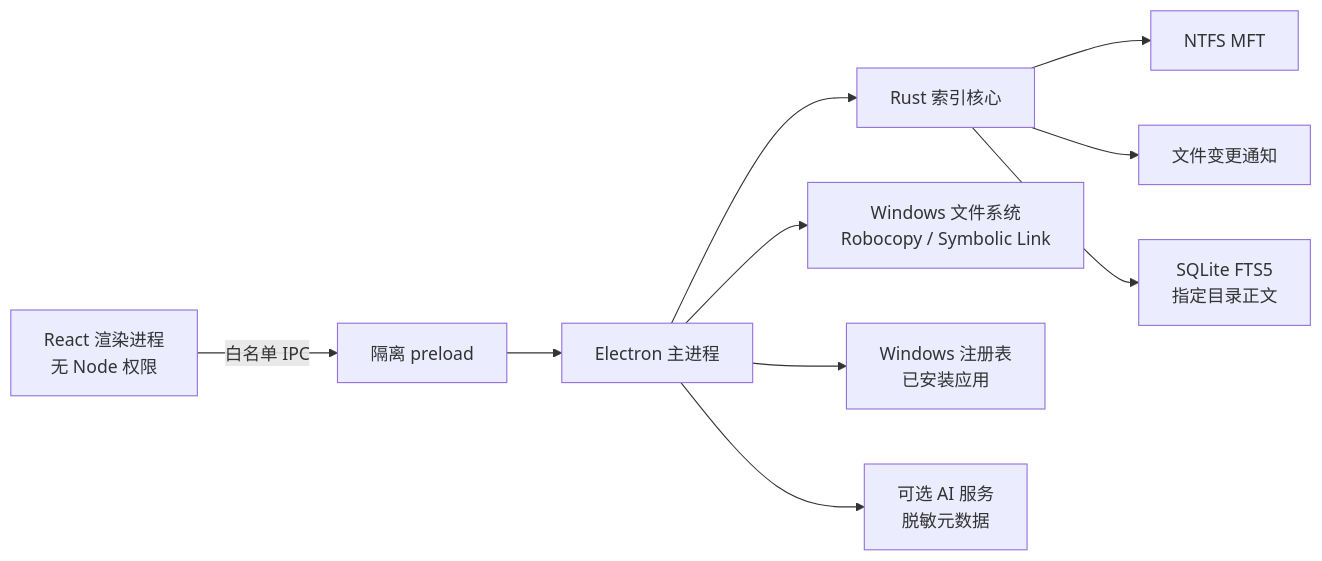
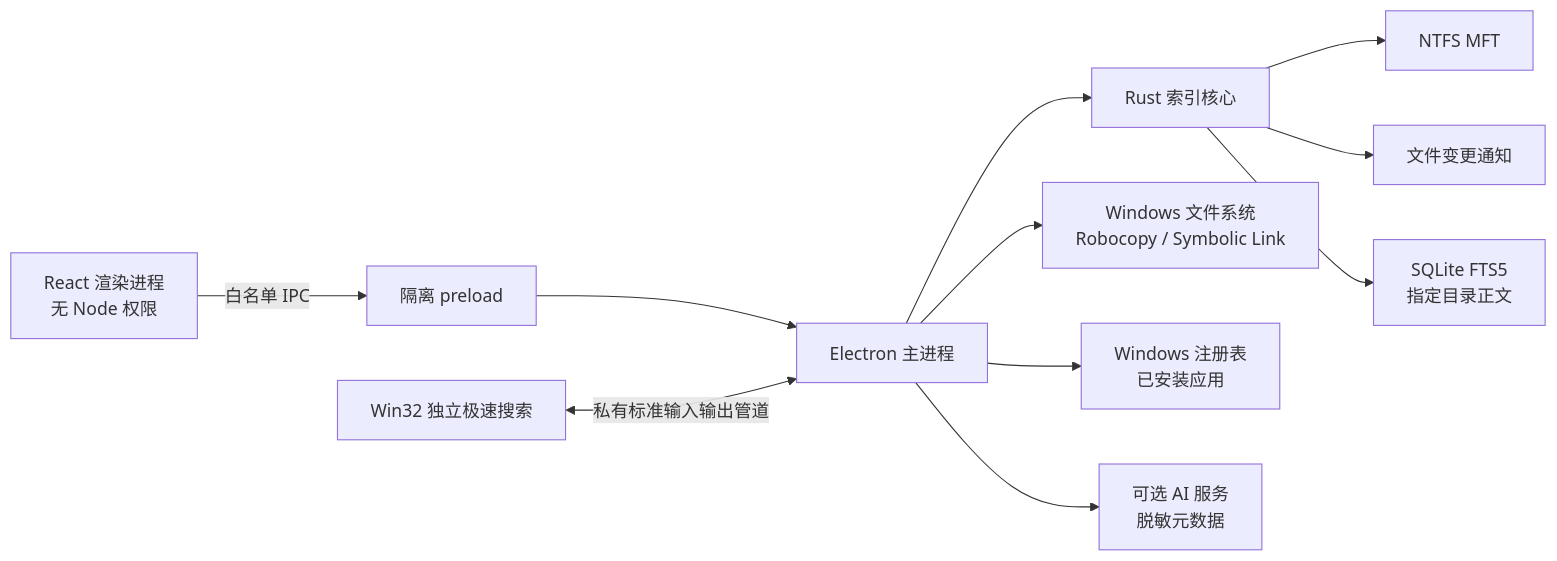
One commit to PuppetWen/CDriveShiftAI changed the first of 2 diagrams in docs/ARCHITECTURE.md. Above: the diagram before and after it, drawn with Mermaid. The commit also changed other lines of this file and 34 other files, not shown here.

````diff
--- a/docs/ARCHITECTURE.md
+++ b/docs/ARCHITECTURE.md
@@ -5,12 +5,13 @@
 ```mermaid
 flowchart LR
   UI["React 渲染进程\n无 Node 权限"] -->|"白名单 IPC"| PRE["隔离 preload"]
   PRE --> MAIN["Electron 主进程"]
+  QUICK["Win32 独立极速搜索"] <-->|"私有标准输入输出管道"| MAIN
   MAIN --> SEARCH["Rust 索引核心"]
   MAIN --> FS["Windows 文件系统\nRobocopy / Symbolic Link"]
   MAIN --> REG["Windows 注册表\n已安装应用"]
   MAIN --> AI["可选 AI 服务\n脱敏元数据"]
   SEARCH --> MFT["NTFS MFT"]
   SEARCH --> WATCH["文件变更通知"]
   SEARCH --> FTS["SQLite FTS5\n指定目录正文"]
 ```
````
